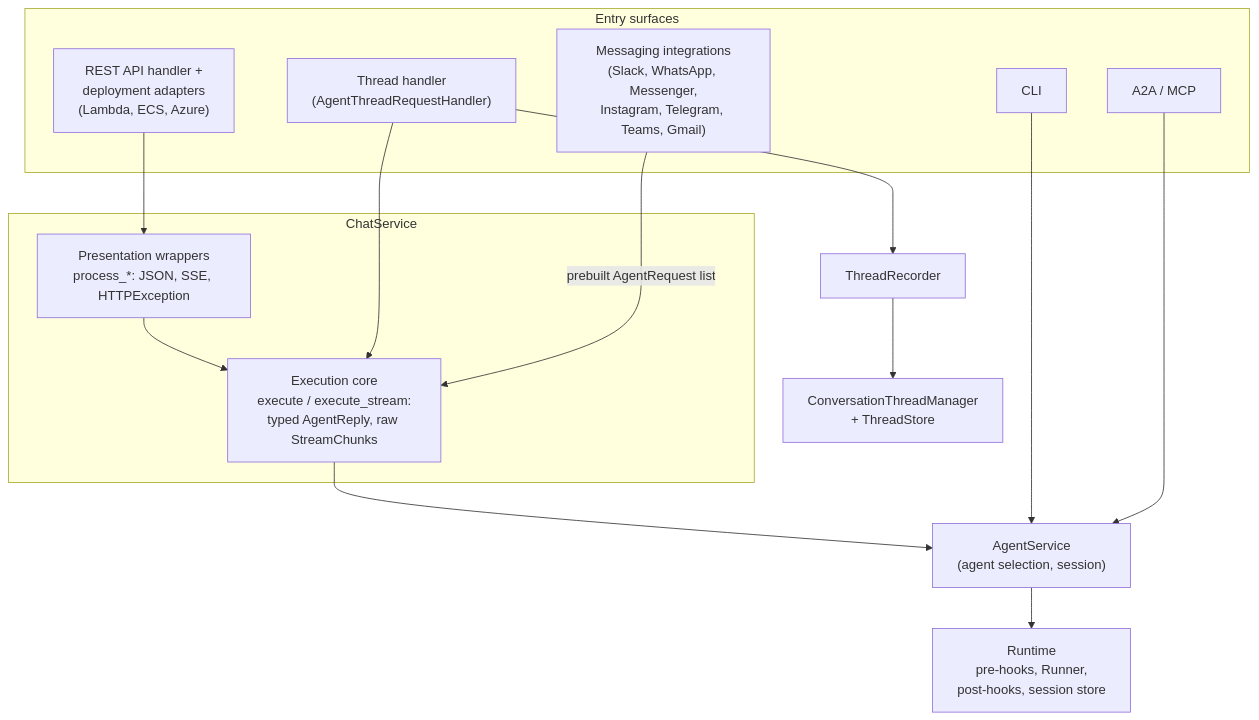
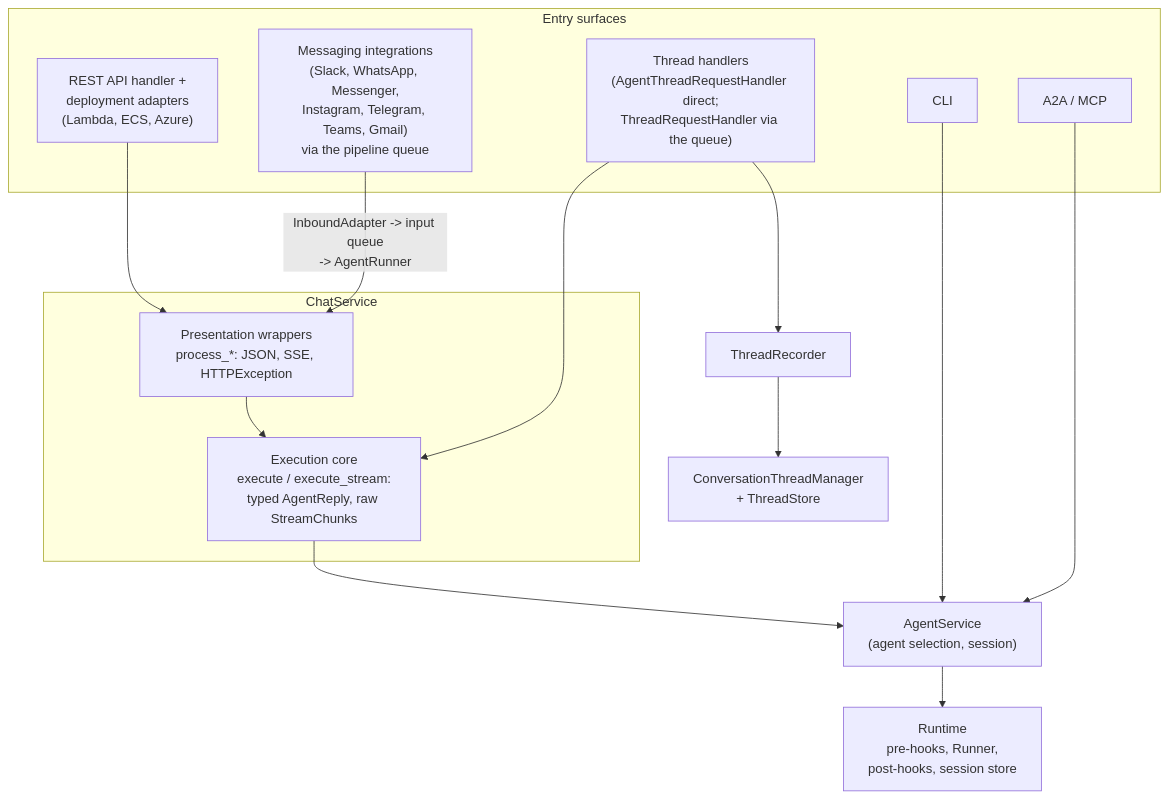
The diagram in .agents/skills/ak-dev-architecture/SKILL.md (adithyadilum/agent-kernel), drawn with Mermaid before and after one commit. The commit also changed other lines of this file and 116 other files, not shown here.

First line of the commit message:
feat: introduce pluggable request/response adapter for messaging inte… (#680)

````diff
--- a/.agents/skills/ak-dev-architecture/SKILL.md
+++ b/.agents/skills/ak-dev-architecture/SKILL.md
@@ -183,29 +184,29 @@
 ```mermaid
 graph TD
     subgraph Entry["Entry surfaces"]
         REST["REST API handler +<br/>deployment adapters<br/>(Lambda, ECS, Azure)"]
-        TH["Thread handler<br/>(AgentThreadRequestHandler)"]
-        MSG["Messaging integrations<br/>(Slack, WhatsApp, Messenger,<br/>Instagram, Telegram, Teams, Gmail)"]
+        TH["Thread handlers<br/>(AgentThreadRequestHandler direct;<br/>ThreadRequestHandler via the queue)"]
+        MSG["Messaging integrations<br/>(Slack, WhatsApp, Messenger,<br/>Instagram, Telegram, Teams, Gmail)<br/>via the pipeline queue"]
         CLI["CLI"]
         PROTO["A2A / MCP"]
     end
 
     subgraph CS["ChatService"]
         PRES["Presentation wrappers<br/>process_*: JSON, SSE, HTTPException"]
         CORE["Execution core<br/>execute / execute_stream:<br/>typed AgentReply, raw StreamChunks"]
     end
 
     REC["ThreadRecorder"]
     CTM["ConversationThreadManager<br/>+ ThreadStore"]
     AS["AgentService<br/>(agent selection, session)"]
     RT["Runtime<br/>pre-hooks, Runner,<br/>post-hooks, session store"]
 
     REST --> PRES --> CORE
     TH --> REC --> CTM
     TH --> CORE
-    MSG -->|"prebuilt AgentRequest list"| CORE
+    MSG -->|"InboundAdapter -> input queue<br/>-> AgentRunner"| PRES
     CORE --> AS
     CLI --> AS
     PROTO --> AS
     AS --> RT
 ```
````
